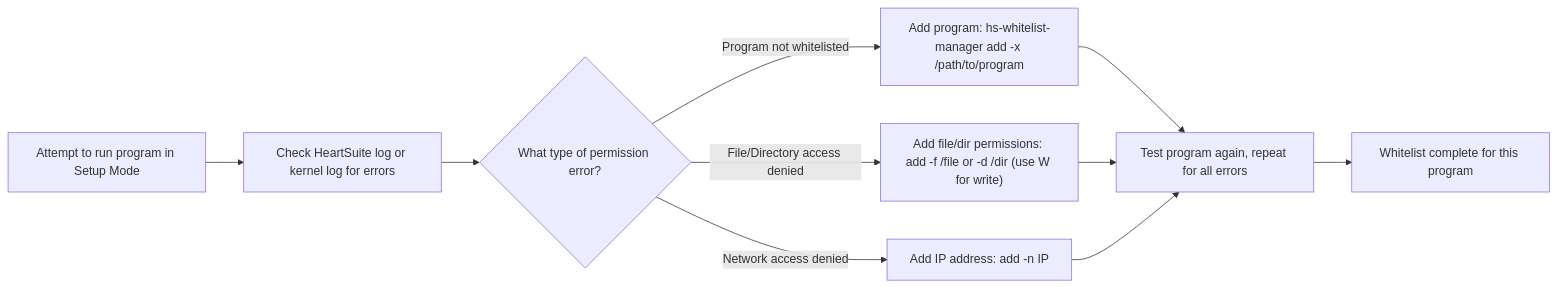
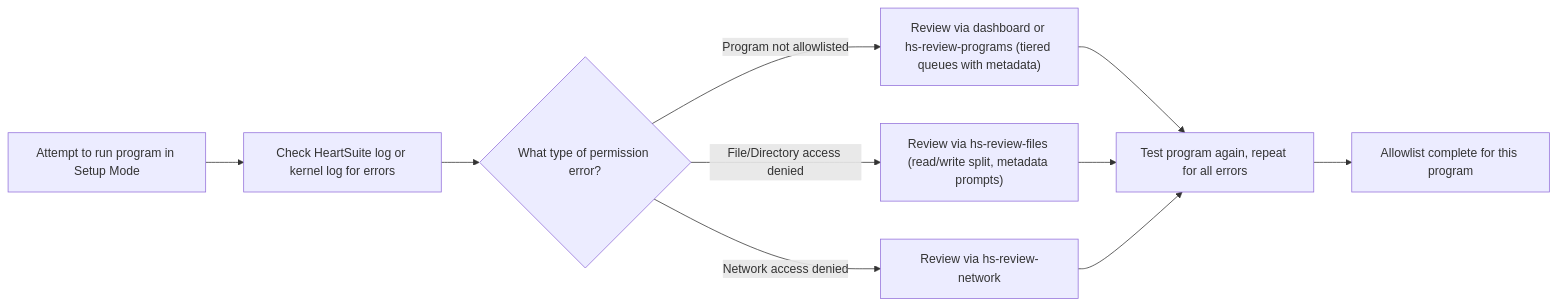
One commit to HeartSecuritySuite/heartsuite-docs changed the diagram in content/en/docs/whitelisting/_index.md. Above: the diagram before and after it, drawn with Mermaid. The commit also changed other lines of this file and 28 other files, not shown here.

````diff
--- a/content/en/docs/whitelisting/_index.md
+++ b/content/en/docs/whitelisting/_index.md
@@ -13,12 +13,12 @@
 ```mermaid
 graph LR;
     A[Attempt to run program in Setup Mode] --> B[Check HeartSuite log or kernel log for errors];
     B --> C{What type of permission error?};
-    C -->|Program not whitelisted| D["Add program: hs-whitelist-manager add -x /path/to/program"];
-    C -->|File/Directory access denied| E["Add file/dir permissions: add -f /file or -d /dir (use W for write)"];
-    C -->|Network access denied| F[Add IP address: add -n IP];
+    C -->|Program not allowlisted| D["Review via dashboard or hs-review-programs (tiered queues with metadata)"];
+    C -->|File/Directory access denied| E["Review via hs-review-files (read/write split, metadata prompts)"];
+    C -->|Network access denied| F[Review via hs-review-network];
     D --> G[Test program again, repeat for all errors];
     E --> G;
     F --> G;
-    G --> H[Whitelist complete for this program];
+    G --> H[Allowlist complete for this program];
 ```
````
